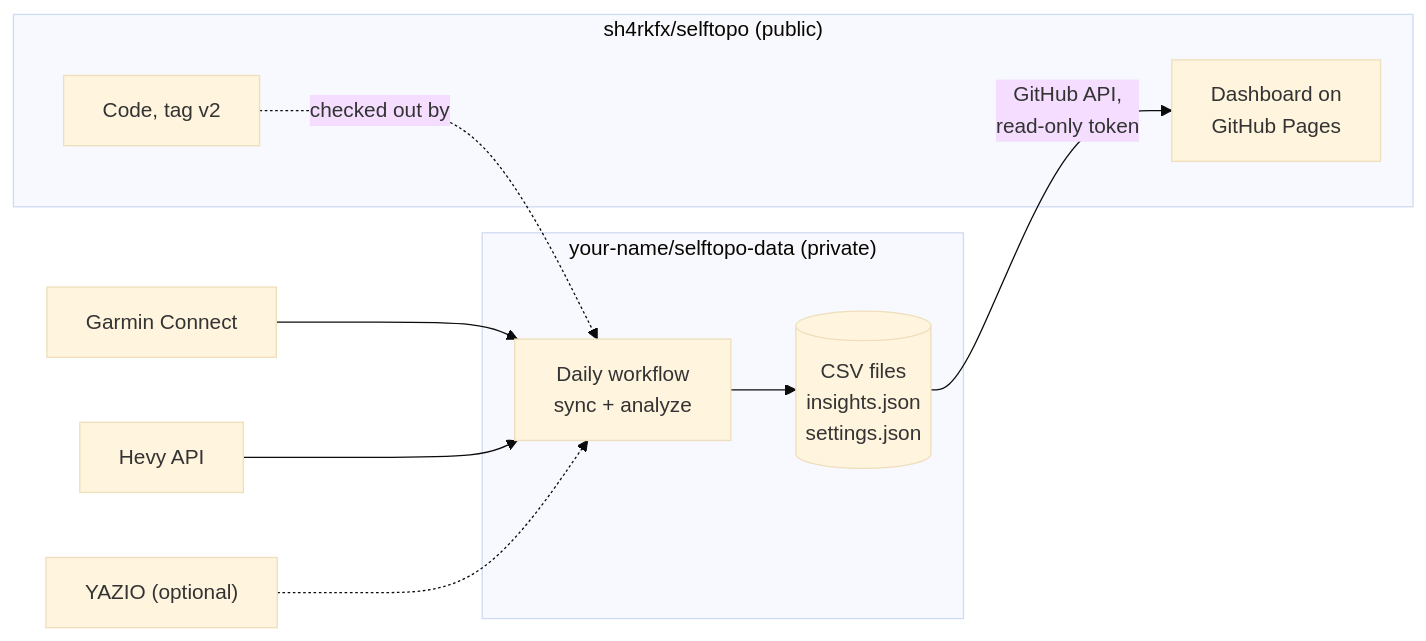
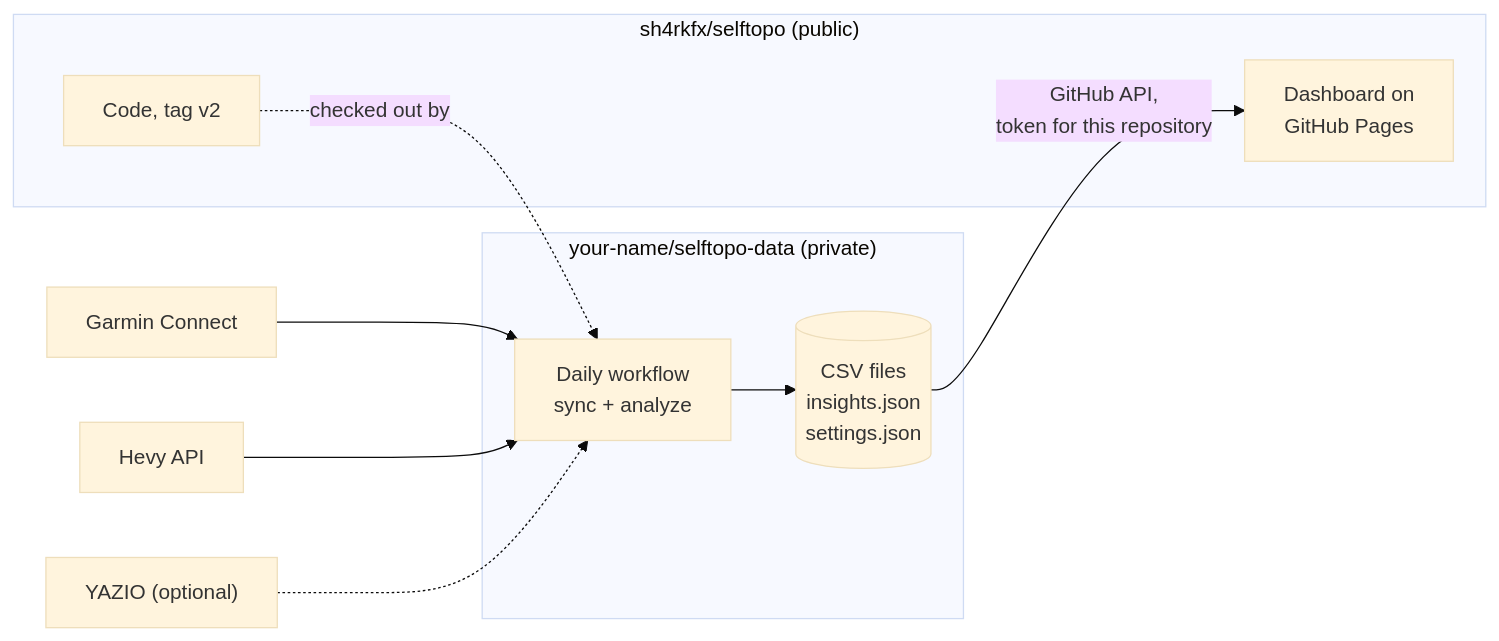
Before and after one commit to sh4rkfx/selftopo: the diagram in README.md, drawn with Mermaid (base theme). The commit also changed other lines of this file and 8 other files, not shown here.

````diff
--- a/README.md
+++ b/README.md
@@ -43,14 +43,14 @@
 ```mermaid
 flowchart LR
     G["Garmin Connect"] --> S
     H["Hevy API"] --> S
     Y["YAZIO (optional)"] -.-> S
     subgraph P["your-name/selftopo-data (private)"]
         S["Daily workflow<br/>sync + analyze"] --> C[("CSV files<br/>insights.json<br/>settings.json")]
     end
     subgraph O["sh4rkfx/selftopo (public)"]
         K["Code, tag v2"] -. checked out by .-> S
         D["Dashboard on<br/>GitHub Pages"]
     end
-    C -- "GitHub API,<br/>read-only token" --> D
+    C -- "GitHub API,<br/>token for this repository" --> D
 ```
````
